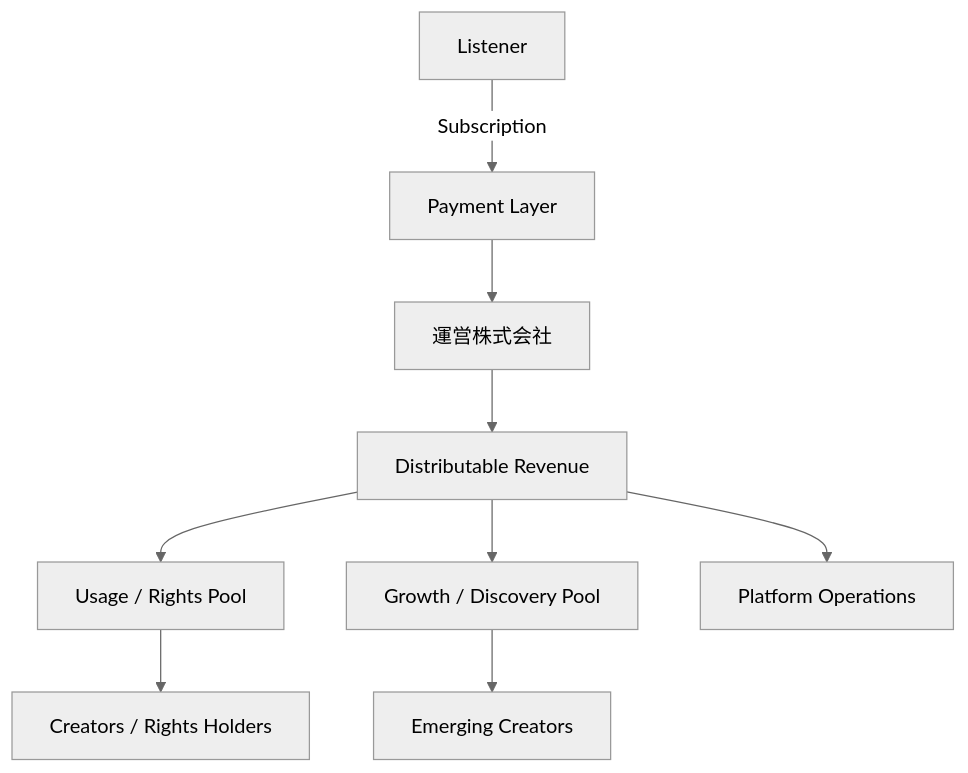
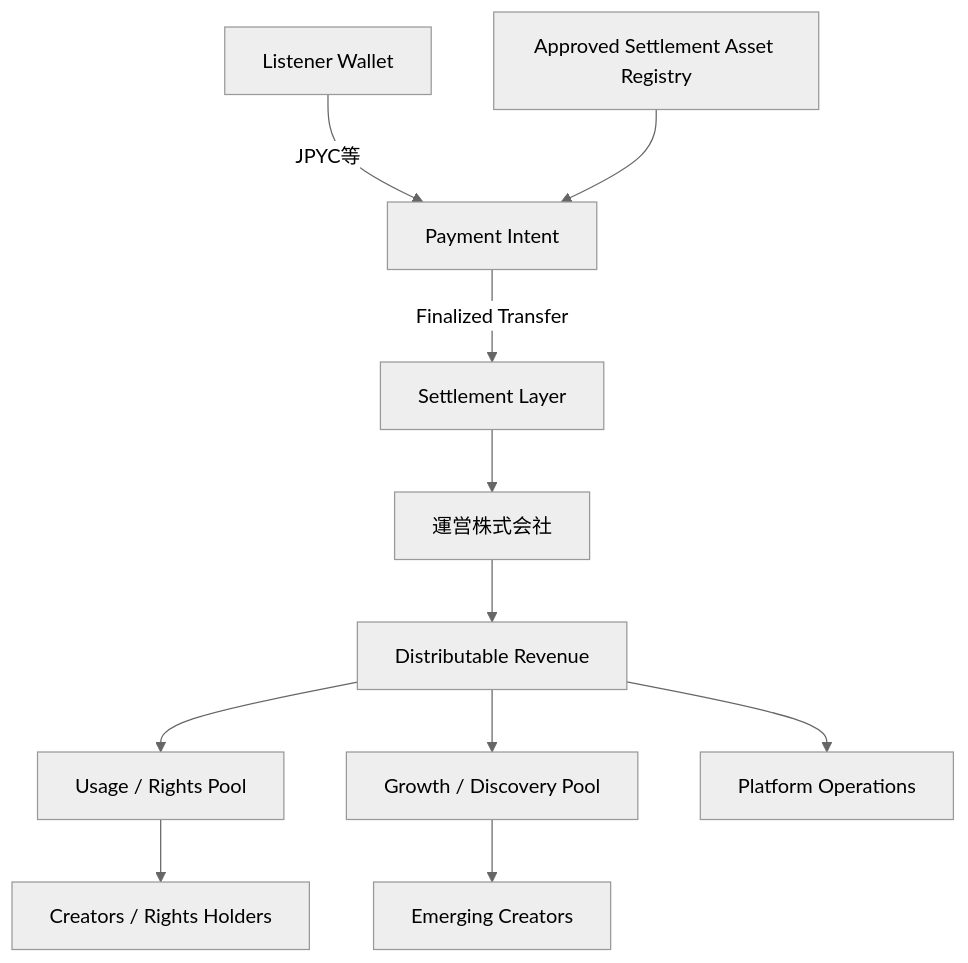
One commit to ShigeichiroYamasaki/creator-first-platform changed the seventh of 17 diagrams in docs/whitepaper/03-rights-and-money.md. Above: the diagram before and after it, drawn with Mermaid (neutral theme). The commit also changed other lines of this file and 16 other files, not shown here.

Commit message:
Align JPYC payments and sponsored SBT flows

````diff
--- a/docs/whitepaper/03-rights-and-money.md
+++ b/docs/whitepaper/03-rights-and-money.md
@@ -175,11 +175,13 @@
 ```mermaid
 flowchart TD
-    USER[Listener] -->|Subscription| PAY[Payment Layer]
+    USER[Listener Wallet] -->|JPYC等| INTENT[Payment Intent]
+    REG[Approved Settlement Asset Registry] --> INTENT
+    INTENT -->|Finalized Transfer| PAY[Settlement Layer]
     PAY --> CORP[運営株式会社]
     CORP --> POOL[Distributable Revenue]
     POOL --> RIGHTS[Usage / Rights Pool]
     POOL --> GROWTH[Growth / Discovery Pool]
     POOL --> OPS[Platform Operations]
     RIGHTS --> CREATOR[Creators / Rights Holders]
     GROWTH --> EMERGING[Emerging Creators]
 ```
````
